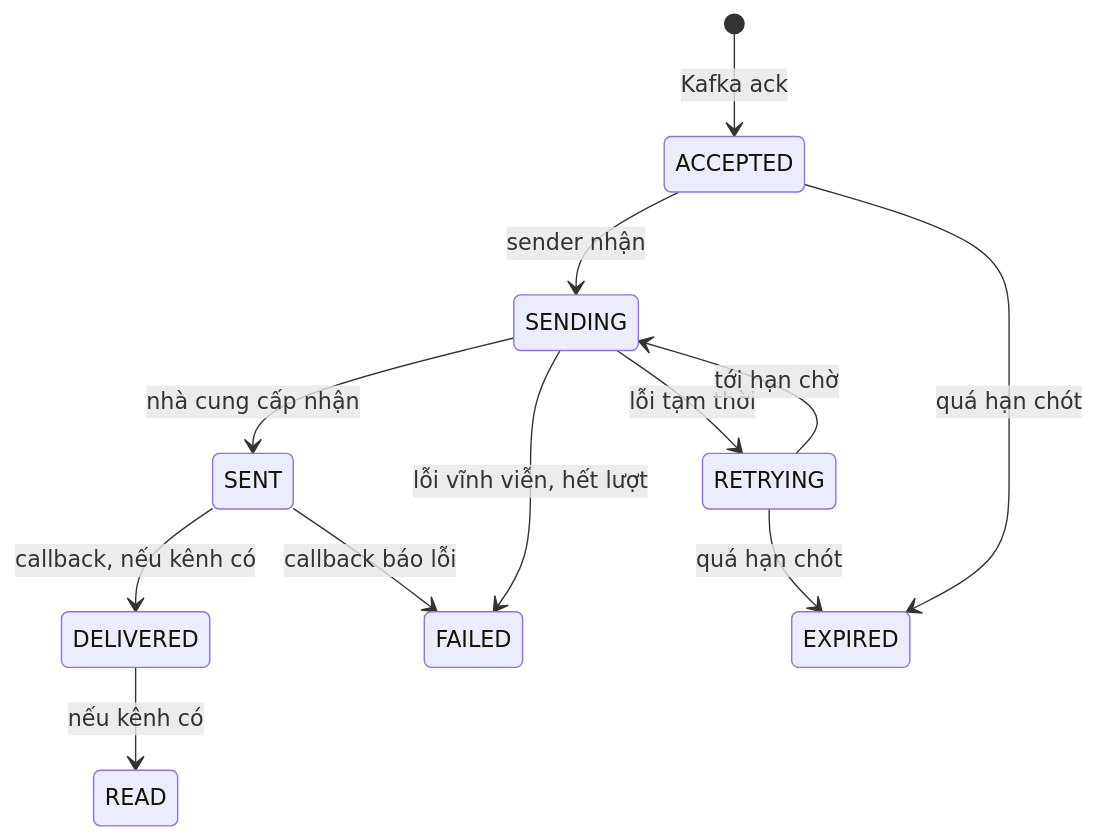
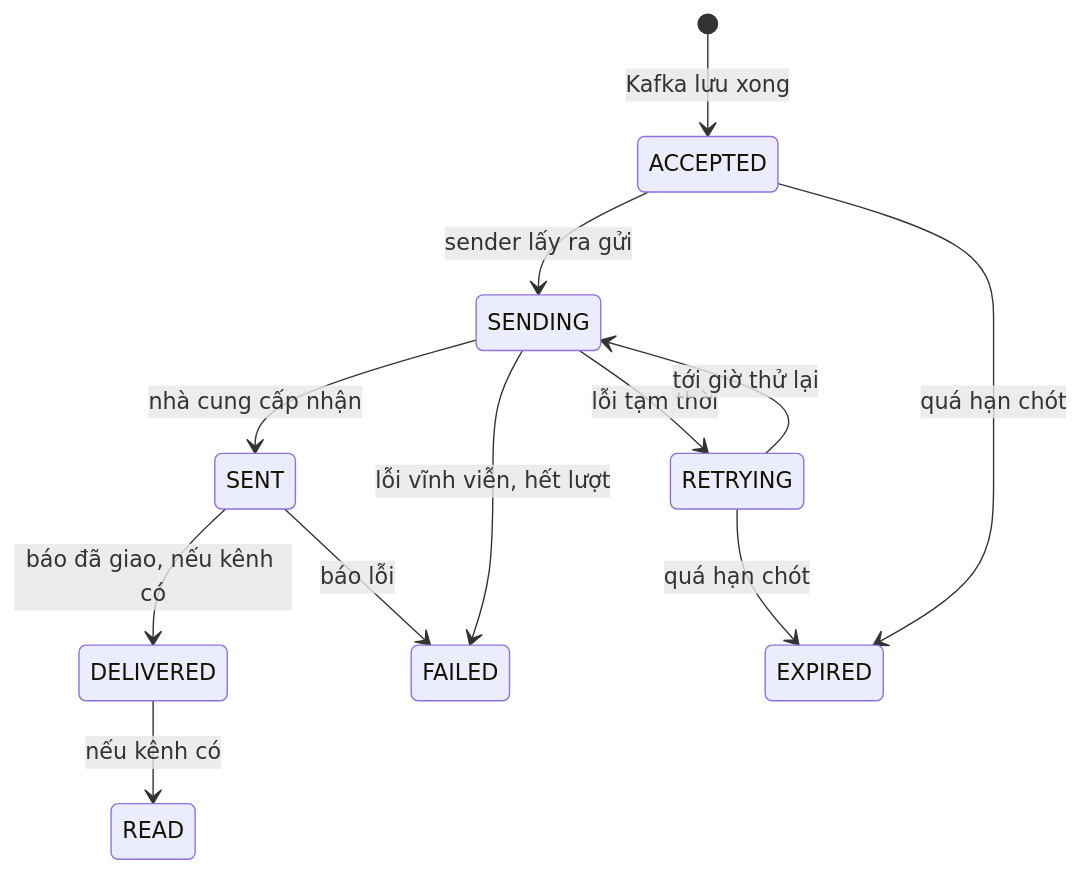
One commit to hainguyen85/kafka-study changed the eighth of 9 diagrams in lessons/0017-notification-hub.md. Above: the diagram before and after it, drawn with Mermaid. The commit also changed other lines of this file and 11 other files, not shown here.

````diff
--- a/lessons/0017-notification-hub.md
+++ b/lessons/0017-notification-hub.md
@@ -378,14 +350,14 @@
 ```mermaid
 stateDiagram-v2
-[*] --> ACCEPTED: Kafka ack
-ACCEPTED --> SENDING: sender nhận
+[*] --> ACCEPTED: Kafka lưu xong
+ACCEPTED --> SENDING: sender lấy ra gửi
 SENDING --> RETRYING: lỗi tạm thời
-RETRYING --> SENDING: tới hạn chờ
+RETRYING --> SENDING: tới giờ thử lại
 SENDING --> SENT: nhà cung cấp nhận
-SENT --> DELIVERED: callback, nếu kênh có
+SENT --> DELIVERED: báo đã giao, nếu kênh có
 DELIVERED --> READ: nếu kênh có
-SENT --> FAILED: callback báo lỗi
+SENT --> FAILED: báo lỗi
 SENDING --> FAILED: lỗi vĩnh viễn, hết lượt
 RETRYING --> EXPIRED: quá hạn chót
 ACCEPTED --> EXPIRED: quá hạn chót
 ```
````
